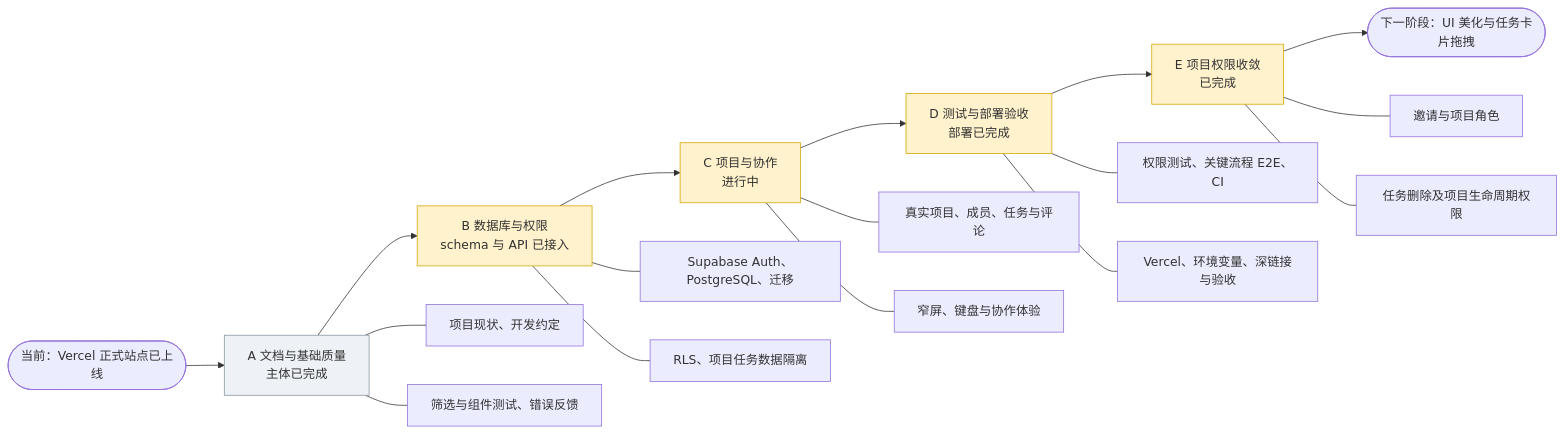
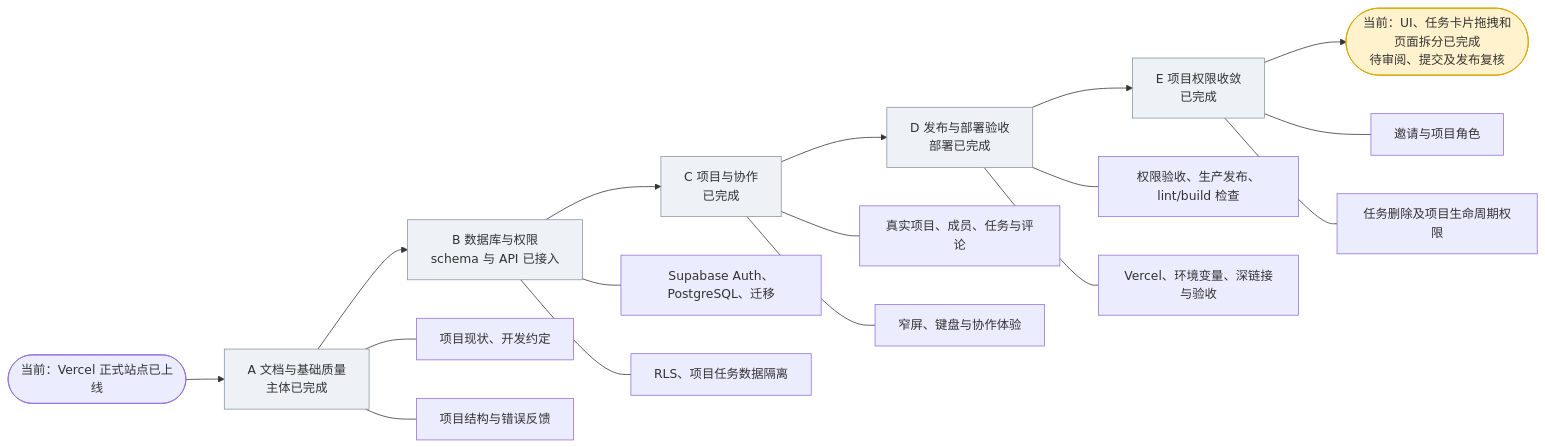
One commit to fartmonarch/tasks-board changed the diagram in docs/阶段进度速查.md. Above: the diagram before and after it, drawn with Mermaid. The commit also changed other lines of this file and 41 other files, not shown here.

Commit message:
build&docs：将App.tsx分割到各个业务代码组件里；将docs/下文档更新到最新；使用archify生成架构图

````diff
--- a/docs/阶段进度速查.md
+++ b/docs/阶段进度速查.md
@@ -80,25 +82,25 @@
 ```mermaid
 flowchart LR
   S([当前：Vercel 正式站点已上线]) --> A["A 文档与基础质量<br/>主体已完成"]
   A --> B["B 数据库与权限<br/>schema 与 API 已接入"]
-  B --> C["C 项目与协作<br/>进行中"]
-  C --> D["D 测试与部署验收<br/>部署已完成"]
+  B --> C["C 项目与协作<br/>已完成"]
+  C --> D["D 发布与部署验收<br/>部署已完成"]
   D --> E["E 项目权限收敛<br/>已完成"]
-  E --> F([下一阶段：UI 美化与任务卡片拖拽])
+  E --> F([当前：UI、任务卡片拖拽和页面拆分已完成<br/>待审阅、提交及发布复核])
 
   A --- A1[项目现状、开发约定]
-  A --- A2[筛选与组件测试、错误反馈]
+  A --- A2[项目结构与错误反馈]
   B --- B1[Supabase Auth、PostgreSQL、迁移]
   B --- B2[RLS、项目任务数据隔离]
   C --- C1[真实项目、成员、任务与评论]
   C --- C2[窄屏、键盘与协作体验]
-  D --- D1[权限测试、关键流程 E2E、CI]
+  D --- D1[权限验收、生产发布、lint/build 检查]
   D --- D2[Vercel、环境变量、深链接与验收]
   E --- E1[邀请与项目角色]
   E --- E2[任务删除及项目生命周期权限]
 
   classDef active fill:#fff2cc,stroke:#d6a600,color:#333
   classDef planned fill:#eef2f7,stroke:#8795a1,color:#333
-  class B,C,D,E active
-  class A planned
+  class F active
+  class A,B,C,D,E planned
 ```
````
